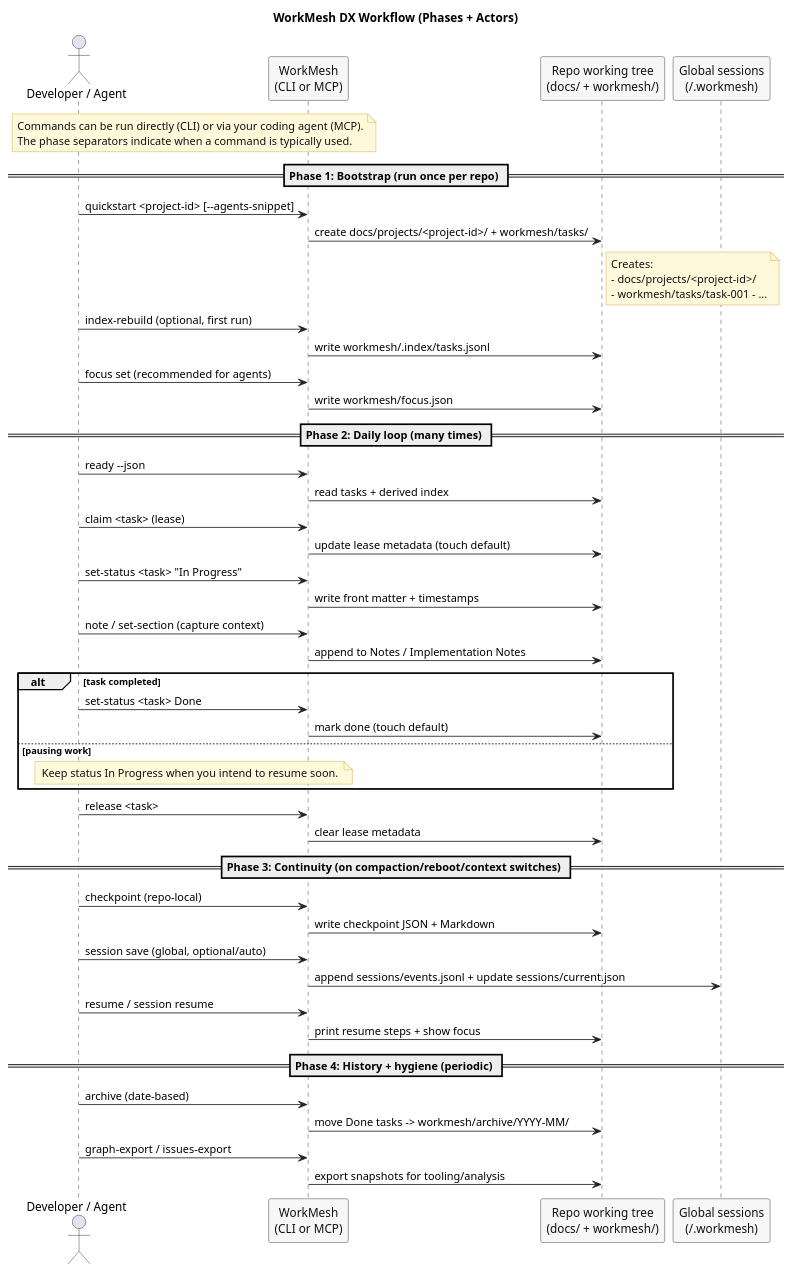
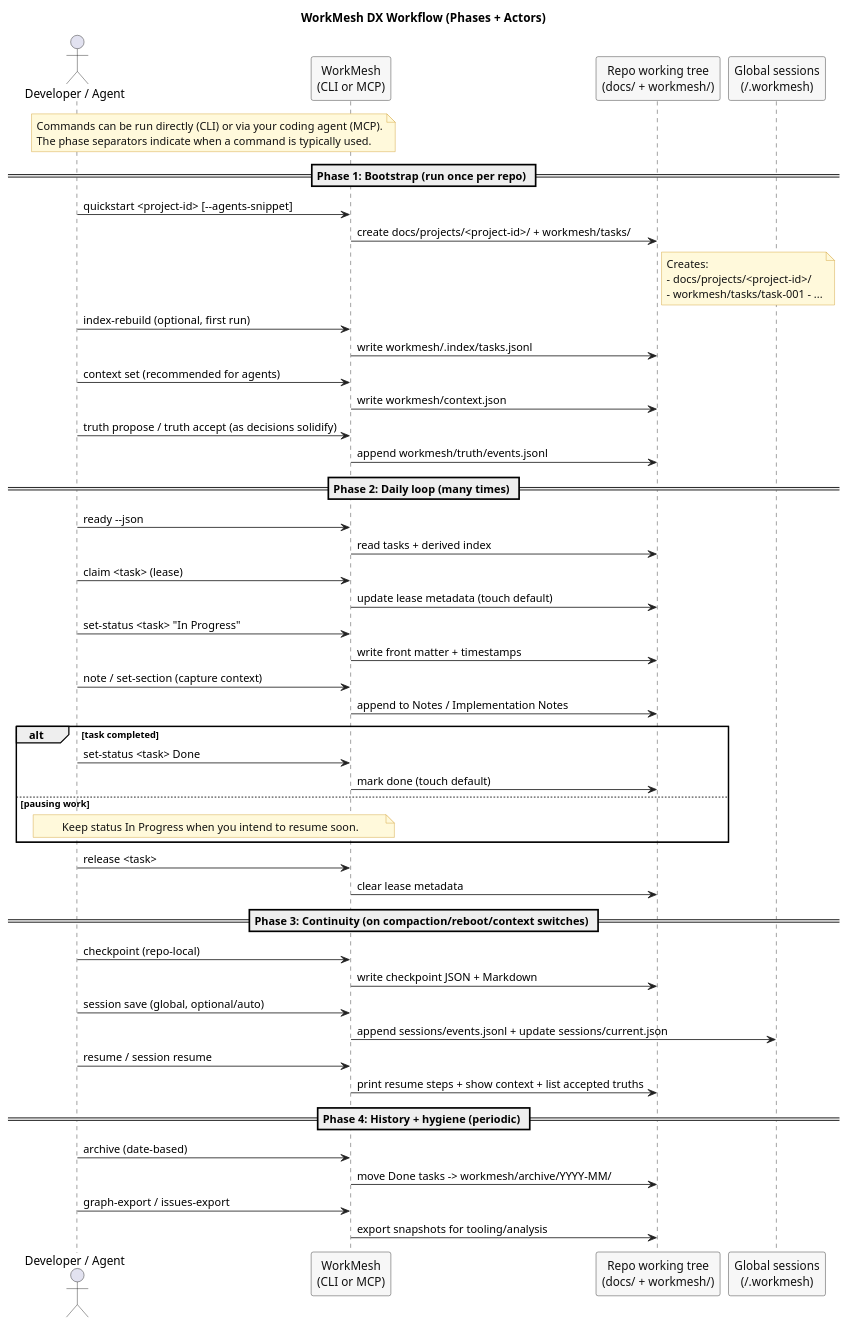
One commit to luislobo/workmesh changed the diagram in docs/diagrams/dx-workflow.puml. Above: the diagram before and after it, drawn with PlantUML. The commit also changed other lines of this file and 9 other files, not shown here.

Commit message:
docs(workmesh): document truth workflow and strengthen skill guidance

```diff
--- a/docs/diagrams/dx-workflow.puml
+++ b/docs/diagrams/dx-workflow.puml
@@ -1,82 +1,84 @@
 @startuml
 title WorkMesh DX Workflow (Phases + Actors)
 
 skinparam shadowing false
 skinparam backgroundColor white
 
 skinparam note {
   BackgroundColor #FFF9DB
   BorderColor #D09B2C
   FontColor #111111
 }
 
 skinparam sequence {
   ArrowColor #222222
   LifeLineBorderColor #222222
   LifeLineBackgroundColor #FFFFFF
   ParticipantBorderColor #222222
   ParticipantBackgroundColor #F7F7F7
   ParticipantFontColor #111111
   BoxBorderColor #222222
   BoxBackgroundColor #F7F7F7
   BoxFontColor #111111
 }
 
 actor "Developer / Agent" as A
 participant "WorkMesh\n(CLI or MCP)" as W
 participant "Repo working tree\n(docs/ + workmesh/)" as R
 participant "Global sessions\n(~/.workmesh)" as G
 
 note over A,W
 Commands can be run directly (CLI) or via your coding agent (MCP).
 The phase separators indicate when a command is typically used.
 end note
 
 == Phase 1: Bootstrap (run once per repo) ==
 A -> W : quickstart <project-id> [--agents-snippet]
 W -> R : create docs/projects/<project-id>/ + workmesh/tasks/
 note right of R
 Creates:
 - docs/projects/<project-id>/
 - workmesh/tasks/task-001 - ...
 end note
 A -> W : index-rebuild (optional, first run)
 W -> R : write workmesh/.index/tasks.jsonl
-A -> W : focus set (recommended for agents)
-W -> R : write workmesh/focus.json
+A -> W : context set (recommended for agents)
+W -> R : write workmesh/context.json
+A -> W : truth propose / truth accept (as decisions solidify)
+W -> R : append workmesh/truth/events.jsonl
 
 == Phase 2: Daily loop (many times) ==
 A -> W : ready --json
 W -> R : read tasks + derived index
 A -> W : claim <task> (lease)
 W -> R : update lease metadata (touch default)
 A -> W : set-status <task> "In Progress"
 W -> R : write front matter + timestamps
 A -> W : note / set-section (capture context)
 W -> R : append to Notes / Implementation Notes
 alt task completed
   A -> W : set-status <task> Done
   W -> R : mark done (touch default)
 else pausing work
   note over A,W
   Keep status In Progress when you intend to resume soon.
   end note
 end
 A -> W : release <task>
 W -> R : clear lease metadata
 
 == Phase 3: Continuity (on compaction/reboot/context switches) ==
 A -> W : checkpoint (repo-local)
 W -> R : write checkpoint JSON + Markdown
 A -> W : session save (global, optional/auto)
 W -> G : append sessions/events.jsonl + update sessions/current.json
 A -> W : resume / session resume
-W -> R : print resume steps + show focus
+W -> R : print resume steps + show context + list accepted truths
 
 == Phase 4: History + hygiene (periodic) ==
 A -> W : archive (date-based)
 W -> R : move Done tasks -> workmesh/archive/YYYY-MM/
 A -> W : graph-export / issues-export
 W -> R : export snapshots for tooling/analysis
 
 @enduml
```
